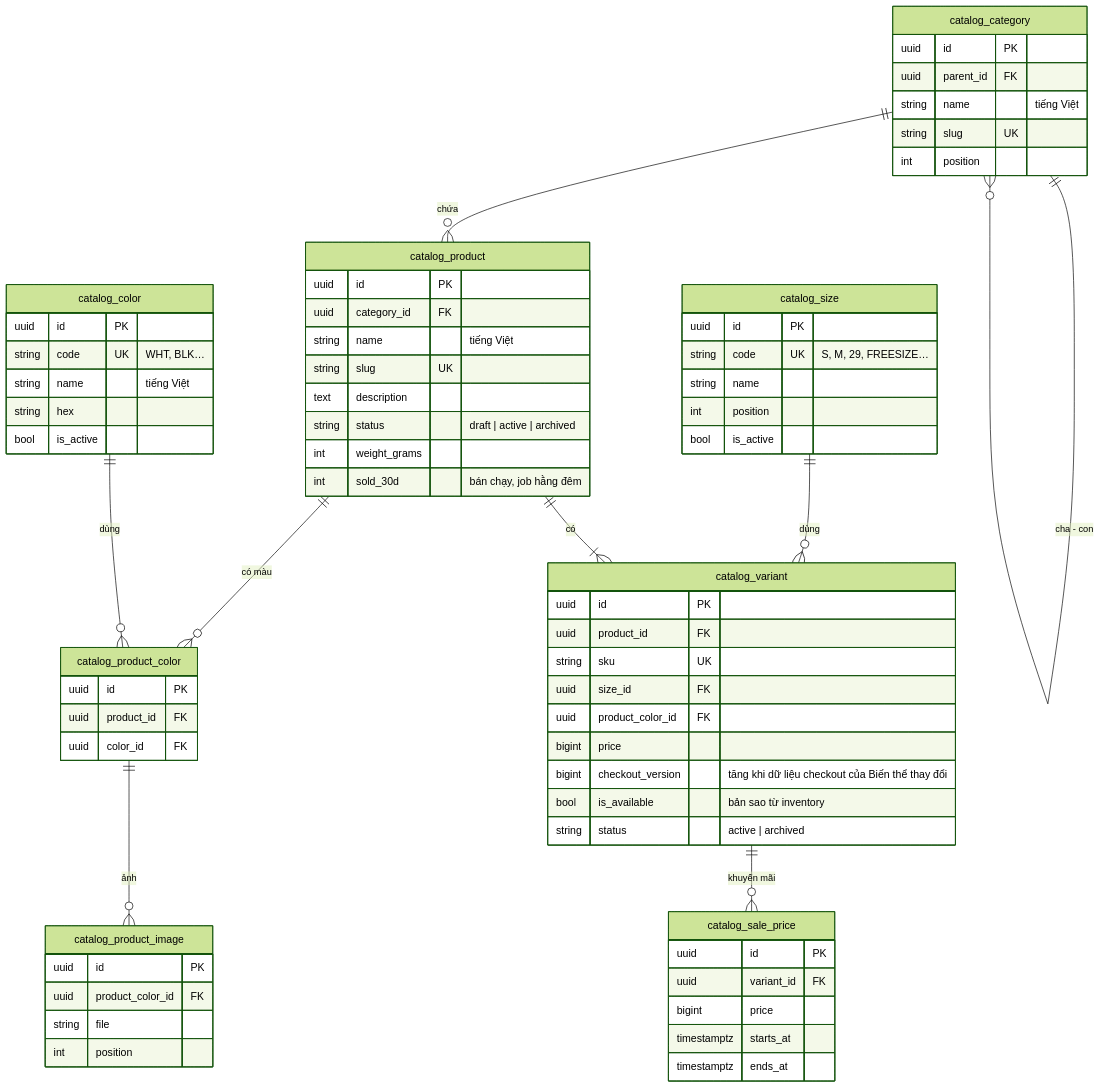
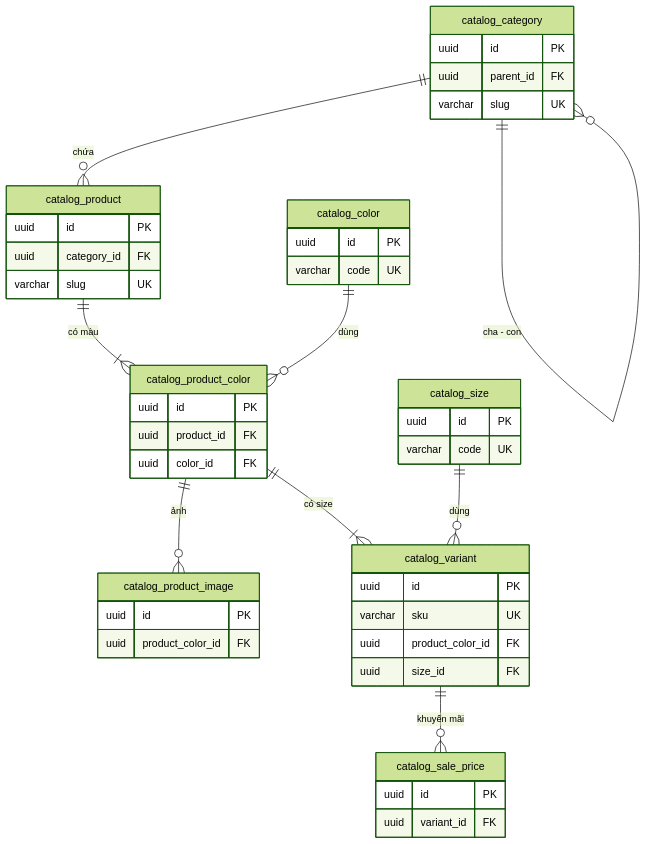
Before and after one commit to LuongCongThanh/boilerplate-ecommerce-next-16: the fourth of 10 diagrams in docs/architecture/03-data-model.md, drawn with Mermaid (forest theme). The commit also changed other lines of this file and 21 other files, not shown here.

````diff
--- a/docs/architecture/03-data-model.md
+++ b/docs/architecture/03-data-model.md
@@ -180,71 +418,48 @@
 ```mermaid
 erDiagram
     catalog_category ||--o{ catalog_category : "cha - con"
     catalog_category ||--o{ catalog_product : "chứa"
-    catalog_product ||--o{ catalog_product_color : "có màu"
+    catalog_product ||--|{ catalog_product_color : "có màu"
     catalog_color ||--o{ catalog_product_color : "dùng"
+    catalog_product_color ||--o{ catalog_product_image : "ảnh"
+    catalog_product_color ||--|{ catalog_variant : "có size"
     catalog_size ||--o{ catalog_variant : "dùng"
-    catalog_product_color ||--o{ catalog_product_image : "ảnh"
-    catalog_product ||--|{ catalog_variant : "có"
     catalog_variant ||--o{ catalog_sale_price : "khuyến mãi"
     catalog_category {
         uuid id PK
         uuid parent_id FK
-        string name "tiếng Việt"
-        string slug UK
-        int position
+        varchar slug UK
     }
     catalog_product {
         uuid id PK
         uuid category_id FK
-        string name "tiếng Việt"
-        string slug UK
-        text description
-        string status "draft | active | archived"
-        int weight_grams
-        int sold_30d "bán chạy, job hằng đêm"
+        varchar slug UK
     }
     catalog_size {
         uuid id PK
-        string code UK "S, M, 29, FREESIZE…"
-        string name
-        int position
-        bool is_active
+        varchar code UK
     }
     catalog_color {
         uuid id PK
-        string code UK "WHT, BLK…"
-        string name "tiếng Việt"
-        string hex
-        bool is_active
+        varchar code UK
     }
     catalog_product_color {
         uuid id PK
         uuid product_id FK
         uuid color_id FK
     }
     catalog_product_image {
         uuid id PK
         uuid product_color_id FK
-        string file
-        int position
     }
     catalog_variant {
         uuid id PK
-        uuid product_id FK
-        string sku UK
+        varchar sku UK
+        uuid product_color_id FK
         uuid size_id FK
-        uuid product_color_id FK
-        bigint price
-        bigint checkout_version "tăng khi dữ liệu checkout của Biến thể thay đổi"
-        bool is_available "bản sao từ inventory"
-        string status "active | archived"
     }
     catalog_sale_price {
         uuid id PK
         uuid variant_id FK
-        bigint price
-        timestamptz starts_at
-        timestamptz ends_at
     }
 ```
````
